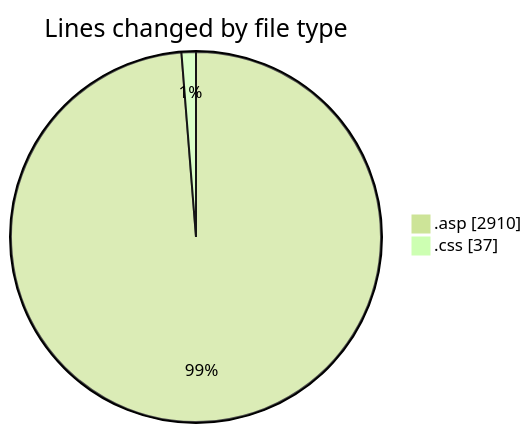
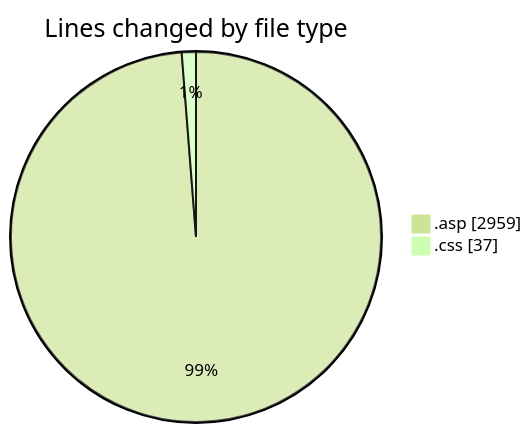
One commit to julien-gomy/code-tracking changed the first of 2 diagrams in 2025-11-02/cdp_aleoudev_fr__workspace_/README.md. Above: the diagram before and after it, drawn with Mermaid (forest theme). The commit also changed other lines of this file and 1 other file, not shown here.

````diff
--- a/2025-11-02/cdp_aleoudev_fr__workspace_/README.md
+++ b/2025-11-02/cdp_aleoudev_fr__workspace_/README.md
@@ -23,6 +23,6 @@
 ```mermaid
 pie showData
 title Lines changed by file type
-".asp" : 2910
+".asp" : 2959
 ".css" : 37
 ```
````
